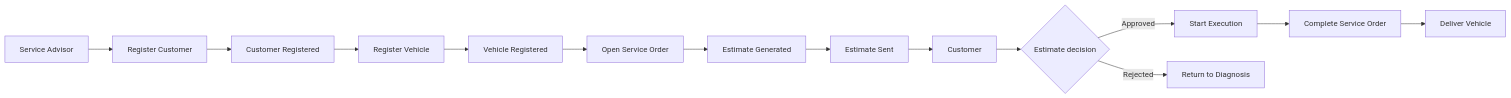
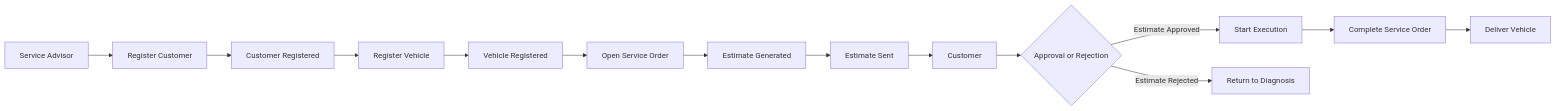
Before and after one commit to gabsevamac/JACAFI-FIAP_Tech-Challenge_01: the diagram in docs/event-storming.md, drawn with Mermaid. The commit also changed other lines of this file and 175 other files, not shown here.

````diff
--- a/docs/event-storming.md
+++ b/docs/event-storming.md
@@ -7,16 +7,16 @@
 ```mermaid
 flowchart LR
     A[Service Advisor] --> B[Register Customer]
     B --> C[Customer Registered]
     C --> D[Register Vehicle]
     D --> E[Vehicle Registered]
     E --> F[Open Service Order]
     F --> G[Estimate Generated]
     G --> H[Estimate Sent]
     H --> I[Customer]
-    I --> J{Estimate decision}
-    J -->|Approved| K[Start Execution]
-    J -->|Rejected| L[Return to Diagnosis]
+    I --> J{Approval or Rejection}
+    J -->|Estimate Approved| K[Start Execution]
+    J -->|Estimate Rejected| L[Return to Diagnosis]
     K --> M[Complete Service Order]
     M --> N[Deliver Vehicle]
 ```
````
